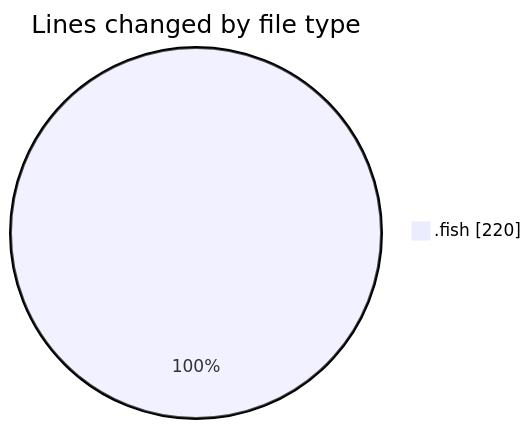
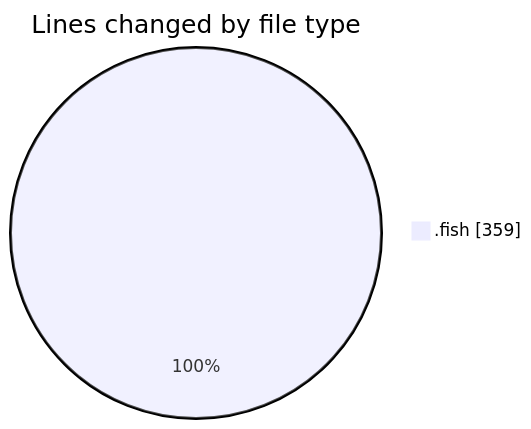
The first of 2 diagrams in 2025-08-06/fish/README.md (EIIisD/code-tracking), drawn with Mermaid before and after one commit. The commit also changed other lines of this file and 1 other file, not shown here.

````diff
--- a/2025-08-06/fish/README.md
+++ b/2025-08-06/fish/README.md
@@ -22,5 +22,5 @@
 ```mermaid
 pie showData
 title Lines changed by file type
-".fish" : 220
+".fish" : 359
 ```
````
